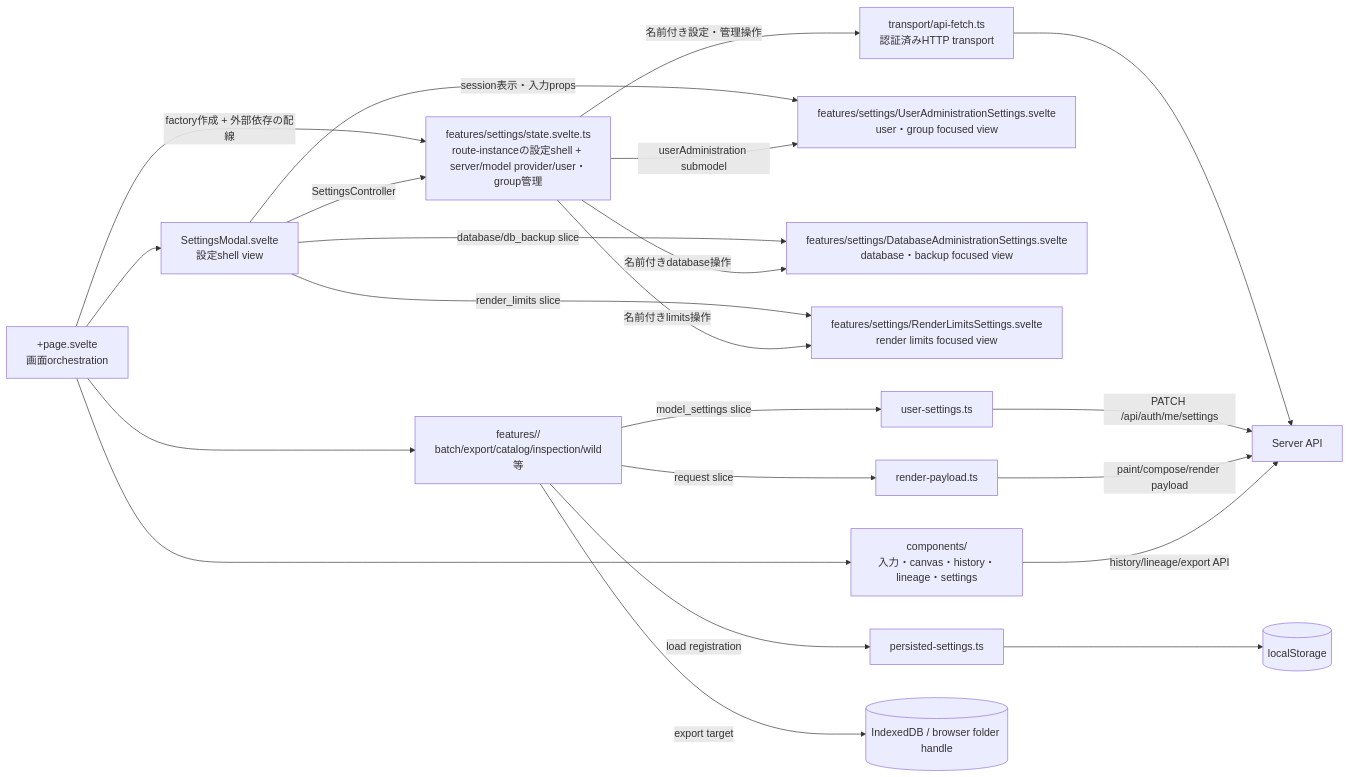
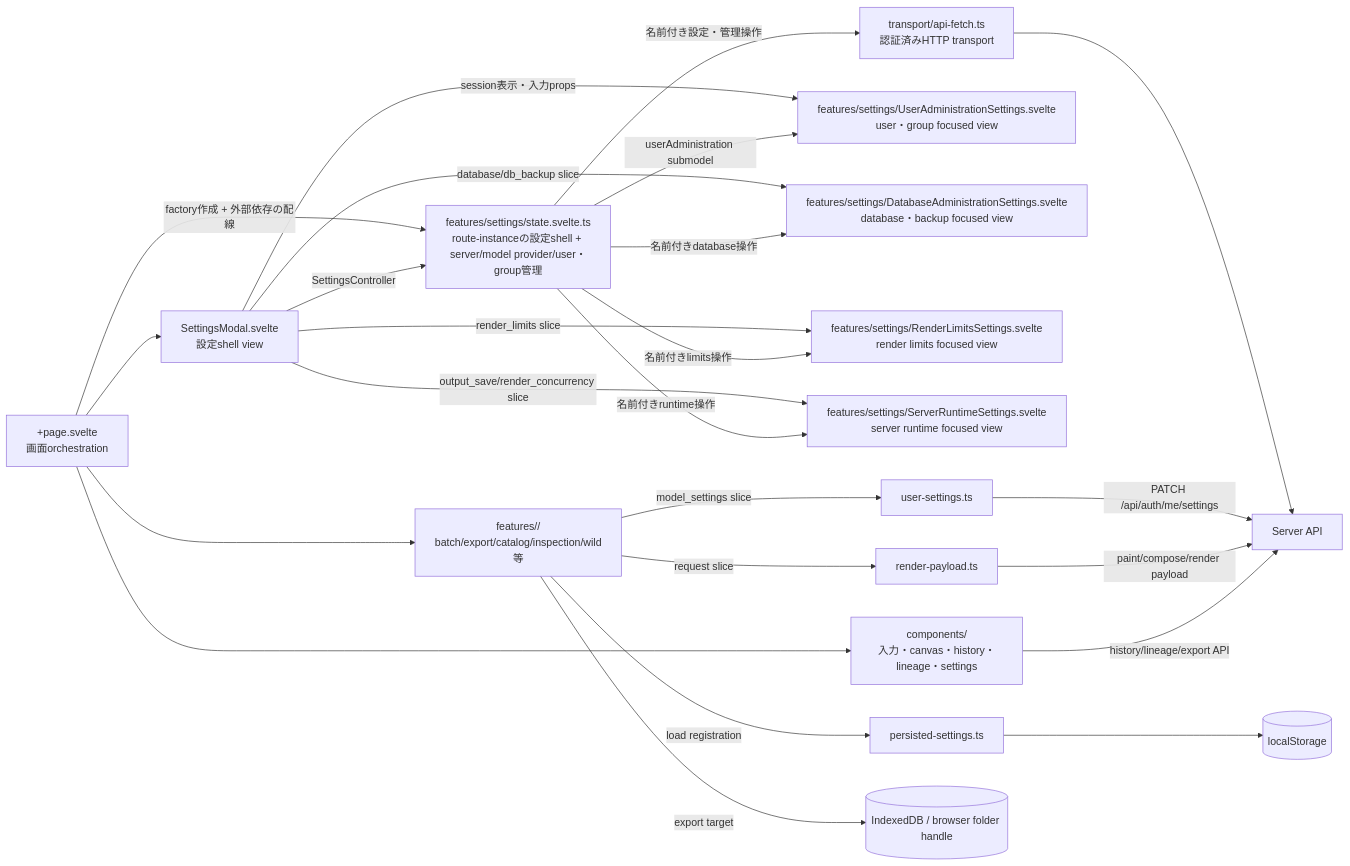
The second of 2 diagrams in docs/architecture/client-boundaries.ja.md (oikawas/inku-lang), drawn with Mermaid before and after one commit. The commit also changed other lines of this file and 4 other files, not shown here.

Commit message:
refactor(web): extract server runtime settings view

````diff
--- a/docs/architecture/client-boundaries.ja.md
+++ b/docs/architecture/client-boundaries.ja.md
@@ -31,40 +31,43 @@
 ```mermaid
 flowchart LR
     PAGE["+page.svelte\n画面orchestration"]
     COMPONENTS["components/\n入力・canvas・history・lineage・settings"]
     FEATURES["features/<name>/\nbatch/export/catalog/inspection/wild等"]
     SETTINGS["features/settings/state.svelte.ts\nroute-instanceの設定shell + server/model provider/user・group管理"]
     SETTINGS_MODAL["SettingsModal.svelte\n設定shell view"]
     USER_ADMIN_VIEW["features/settings/UserAdministrationSettings.svelte\nuser・group focused view"]
     DATABASE_VIEW["features/settings/DatabaseAdministrationSettings.svelte\ndatabase・backup focused view"]
     LIMITS_VIEW["features/settings/RenderLimitsSettings.svelte\nrender limits focused view"]
+    RUNTIME_VIEW["features/settings/ServerRuntimeSettings.svelte\nserver runtime focused view"]
     TRANSPORT["transport/api-fetch.ts\n認証済みHTTP transport"]
     PERSIST["persisted-settings.ts"]
     USERSET["user-settings.ts"]
     PAYLOAD["render-payload.ts"]
     LOCAL[("localStorage")]
     INDEXED[("IndexedDB / browser folder handle")]
     API["Server API"]
 
     PAGE --> COMPONENTS
     PAGE --> FEATURES
     PAGE -->|"factory作成 + 外部依存の配線"| SETTINGS
     PAGE --> SETTINGS_MODAL
     SETTINGS_MODAL -->|"SettingsController"| SETTINGS
     SETTINGS_MODAL -->|"session表示・入力props"| USER_ADMIN_VIEW
     SETTINGS -->|"userAdministration submodel"| USER_ADMIN_VIEW
     SETTINGS_MODAL -->|"database/db_backup slice"| DATABASE_VIEW
     SETTINGS -->|"名前付きdatabase操作"| DATABASE_VIEW
     SETTINGS_MODAL -->|"render_limits slice"| LIMITS_VIEW
     SETTINGS -->|"名前付きlimits操作"| LIMITS_VIEW
+    SETTINGS_MODAL -->|"output_save/render_concurrency slice"| RUNTIME_VIEW
+    SETTINGS -->|"名前付きruntime操作"| RUNTIME_VIEW
     SETTINGS -->|"名前付き設定・管理操作"| TRANSPORT
     TRANSPORT --> API
     FEATURES -->|"load registration"| PERSIST
     FEATURES -->|"model_settings slice"| USERSET
     FEATURES -->|"request slice"| PAYLOAD
     PERSIST --> LOCAL
     USERSET -->|"PATCH /api/auth/me/settings"| API
     PAYLOAD -->|"paint/compose/render payload"| API
     FEATURES -->|"export target"| INDEXED
     COMPONENTS -->|"history/lineage/export API"| API
 ```
````
